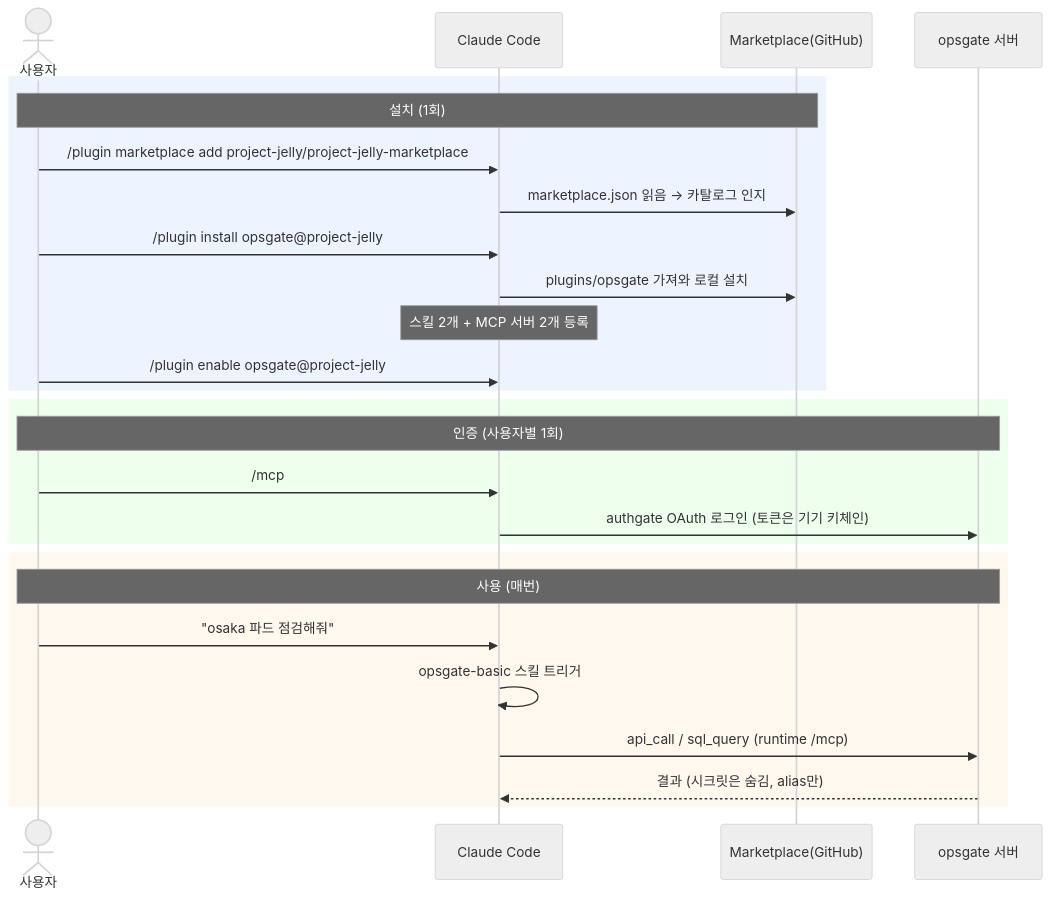
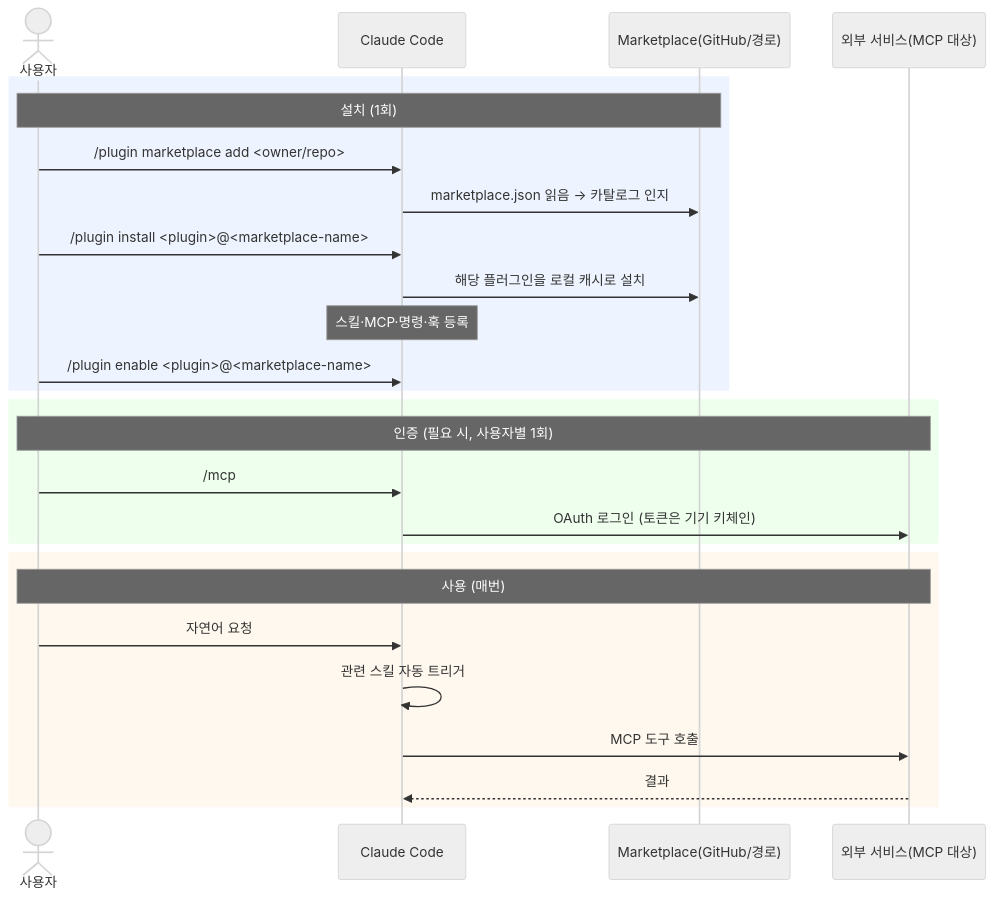
One commit to project-jelly/project-jelly-marketplace changed the second of 2 diagrams in docs/architecture.md. Above: the diagram before and after it, drawn with Mermaid (neutral theme). The commit also changed other lines of this file, not shown here.

Commit message:
docs: generalize architecture doc (not plugin-specific)

````diff
--- a/docs/architecture.md
+++ b/docs/architecture.md
@@ -46,31 +54,31 @@
 ```mermaid
 sequenceDiagram
     actor U as 사용자
     participant CC as Claude Code
-    participant MP as Marketplace(GitHub)
-    participant OG as opsgate 서버
+    participant MP as Marketplace(GitHub/경로)
+    participant SVC as 외부 서비스(MCP 대상)
 
     rect rgb(238,244,255)
     note over U,MP: 설치 (1회)
-    U->>CC: /plugin marketplace add project-jelly/project-jelly-marketplace
+    U->>CC: /plugin marketplace add <owner/repo>
     CC->>MP: marketplace.json 읽음 → 카탈로그 인지
-    U->>CC: /plugin install opsgate@project-jelly
-    CC->>MP: plugins/opsgate 가져와 로컬 설치
-    note over CC: 스킬 2개 + MCP 서버 2개 등록
-    U->>CC: /plugin enable opsgate@project-jelly
+    U->>CC: /plugin install <plugin>@<marketplace-name>
+    CC->>MP: 해당 플러그인을 로컬 캐시로 설치
+    note over CC: 스킬·MCP·명령·훅 등록
+    U->>CC: /plugin enable <plugin>@<marketplace-name>
     end
 
     rect rgb(238,255,238)
-    note over U,OG: 인증 (사용자별 1회)
+    note over U,SVC: 인증 (필요 시, 사용자별 1회)
     U->>CC: /mcp
-    CC->>OG: authgate OAuth 로그인 (토큰은 기기 키체인)
+    CC->>SVC: OAuth 로그인 (토큰은 기기 키체인)
     end
 
     rect rgb(255,248,238)
-    note over U,OG: 사용 (매번)
-    U->>CC: "osaka 파드 점검해줘"
-    CC->>CC: opsgate-basic 스킬 트리거
-    CC->>OG: api_call / sql_query  (runtime /mcp)
-    OG-->>CC: 결과 (시크릿은 숨김, alias만)
+    note over U,SVC: 사용 (매번)
+    U->>CC: 자연어 요청
+    CC->>CC: 관련 스킬 자동 트리거
+    CC->>SVC: MCP 도구 호출
+    SVC-->>CC: 결과
     end
 ```
````
